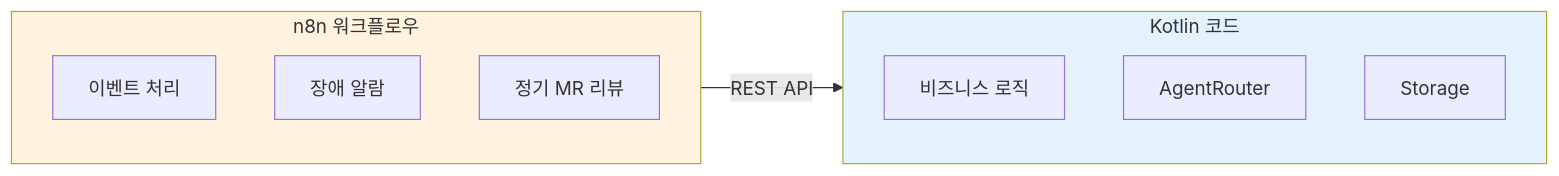
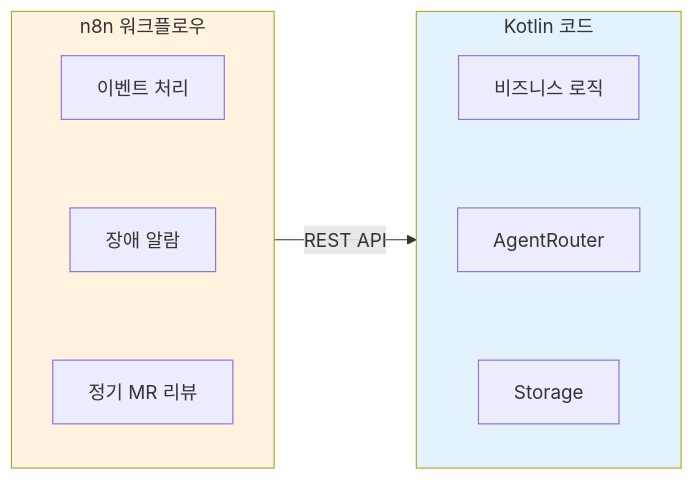
One commit to Gyeom/dev-notes changed the fourth of 10 diagrams in content/posts/2025-12-28-claude-flow-ai-agent-platform.md. Above: the diagram before and after it, drawn with Mermaid. The commit also changed other lines of this file and 12 other files, not shown here.

First line of the commit message:
Fix: Mermaid 다이어그램 레이아웃 수정 및 가이드 강화

````diff
--- a/content/posts/2025-12-28-claude-flow-ai-agent-platform.md
+++ b/content/posts/2025-12-28-claude-flow-ai-agent-platform.md
@@ -185,19 +185,15 @@
 ```mermaid
 flowchart LR
     subgraph Workflow["n8n 워크플로우"]
-        N1["이벤트 처리"]
-        N2["장애 알람"]
-        N3["정기 MR 리뷰"]
+        N1["이벤트 처리"] ~~~ N2["장애 알람"] ~~~ N3["정기 MR 리뷰"]
     end
 
     subgraph Code["Kotlin 코드"]
-        K1["비즈니스 로직"]
-        K2["AgentRouter"]
-        K3["Storage"]
+        K1["비즈니스 로직"] ~~~ K2["AgentRouter"] ~~~ K3["Storage"]
     end
 
     Workflow -->|REST API| Code
 
     style Workflow fill:#fff3e0
     style Code fill:#e3f2fd
 ```
````
